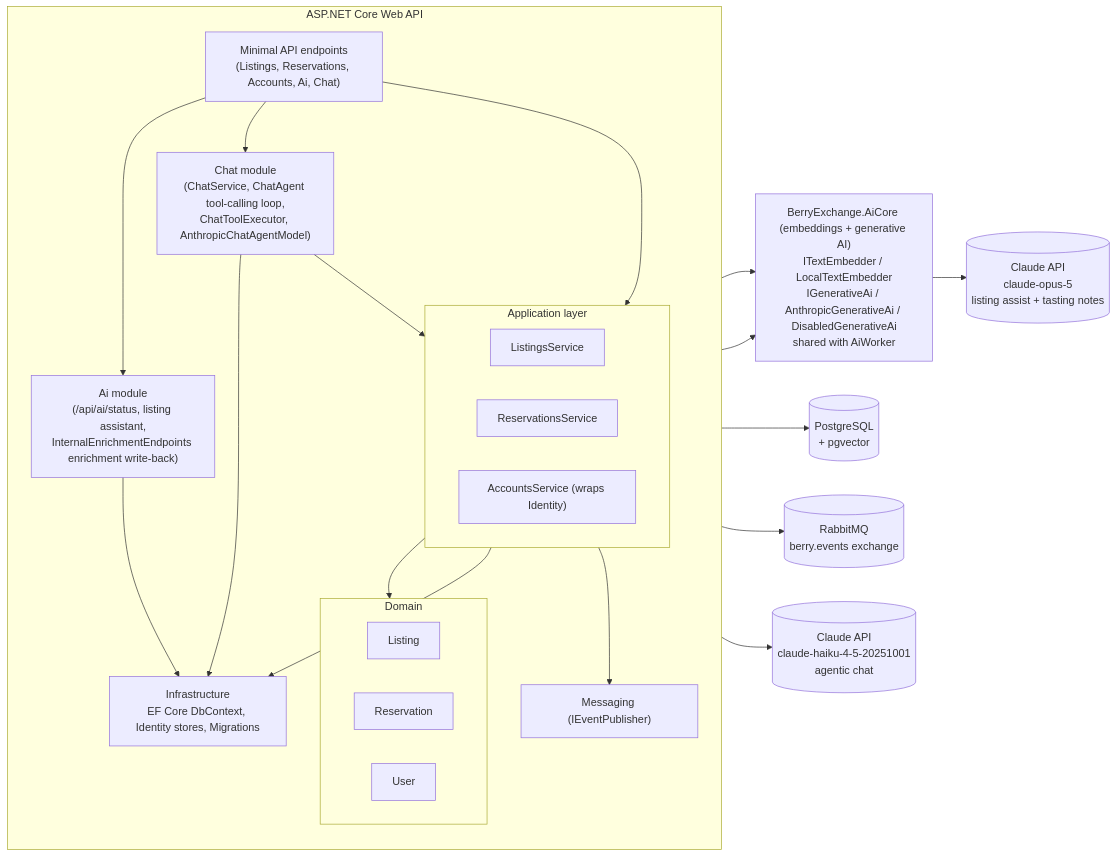
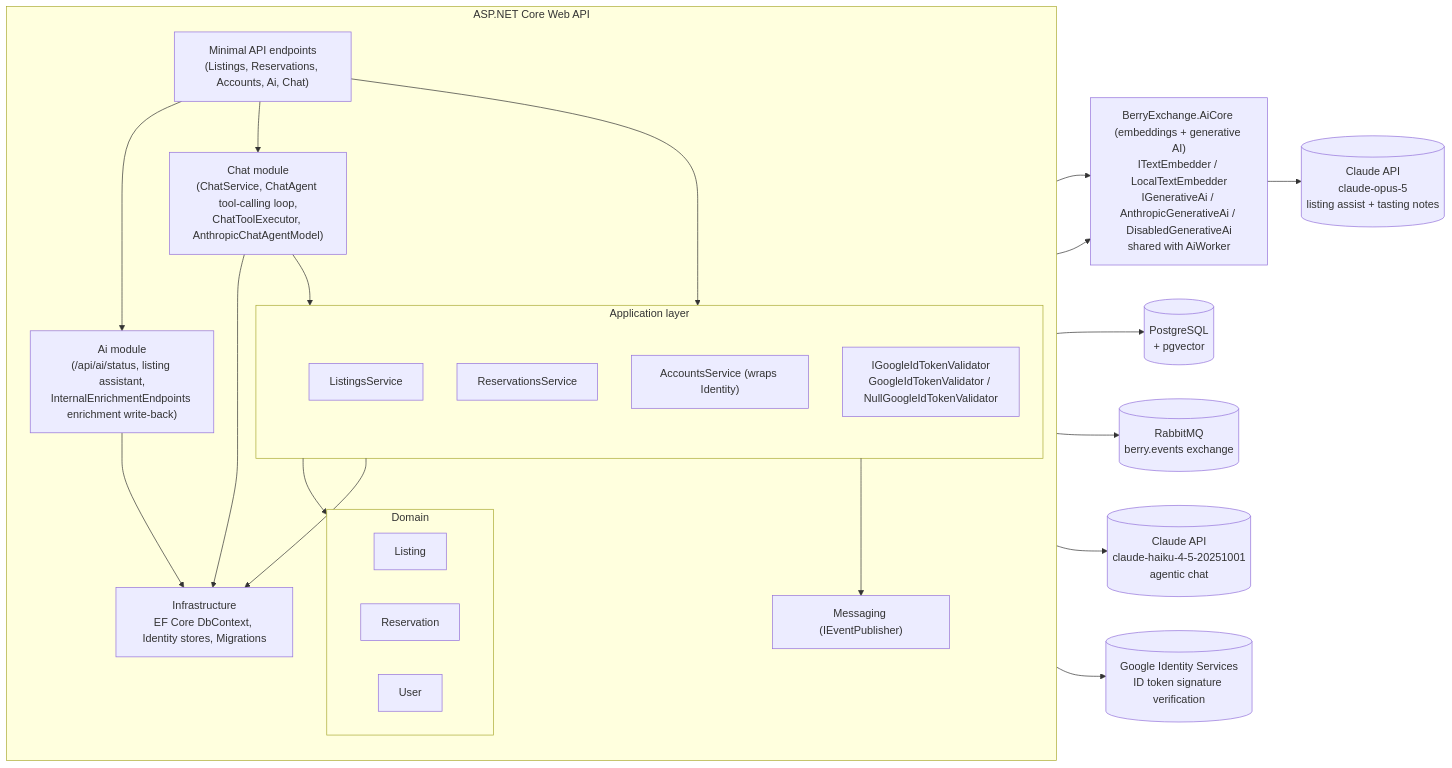
One commit to Nazarii-Mandiak/BerryMarketplace changed the diagram in docs/architecture/component-backend.mmd. Above: the diagram before and after it, drawn with Mermaid. The commit also changed 10 other files, not shown here.

Commit message:
Add Google sign-in endpoint (POST /api/accounts/google)

```diff
--- a/docs/architecture/component-backend.mmd
+++ b/docs/architecture/component-backend.mmd
@@ -1,41 +1,44 @@
 %% Berry Exchange — C4 Level 3: Components inside the API container
 graph LR
     subgraph API["ASP.NET Core Web API"]
         direction TB
         Endpoints["Minimal API endpoints<br/>(Listings, Reservations, Accounts, Ai, Chat)"]
         subgraph App["Application layer"]
             ListingsSvc[ListingsService]
             ResSvc[ReservationsService]
             AccountsSvc["AccountsService (wraps Identity)"]
+            GoogleAuth["IGoogleIdTokenValidator<br/>GoogleIdTokenValidator / NullGoogleIdTokenValidator"]
         end
         subgraph Domain["Domain"]
             ListingEntity[Listing]
             ReservationEntity[Reservation]
             UserEntity[User]
         end
         Infra["Infrastructure<br/>EF Core DbContext, Identity stores, Migrations"]
         Messaging["Messaging (IEventPublisher)"]
         Ai["Ai module<br/>(/api/ai/status, listing assistant,<br/>InternalEnrichmentEndpoints enrichment write-back)"]
         Chat["Chat module<br/>(ChatService, ChatAgent tool-calling loop,<br/>ChatToolExecutor, AnthropicChatAgentModel)"]
     end
     AiCore["BerryExchange.AiCore (embeddings + generative AI)<br/>ITextEmbedder / LocalTextEmbedder<br/>IGenerativeAi / AnthropicGenerativeAi / DisabledGenerativeAi<br/>shared with AiWorker"]
     DB[("PostgreSQL<br/>+ pgvector")]
     Broker[("RabbitMQ<br/>berry.events exchange")]
     ClaudeOpus[("Claude API<br/>claude-opus-5<br/>listing assist + tasting notes")]
     ClaudeHaiku[("Claude API<br/>claude-haiku-4-5-20251001<br/>agentic chat")]
+    GoogleApi[("Google Identity Services<br/>ID token signature verification")]
 
     Endpoints --> App
+    GoogleAuth --> GoogleApi
     Endpoints --> Ai
     Endpoints --> Chat
     App --> Domain
     App --> Infra
     Infra --> DB
     App --> Messaging
     Messaging --> Broker
     App --> AiCore
     Ai --> AiCore
     Ai --> Infra
     Chat --> App
     Chat --> Infra
     Chat --> ClaudeHaiku
     AiCore --> ClaudeOpus
```
